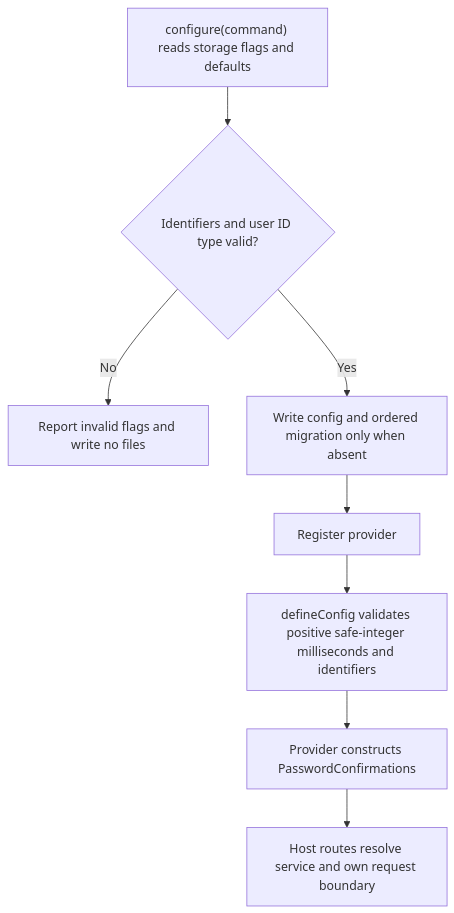
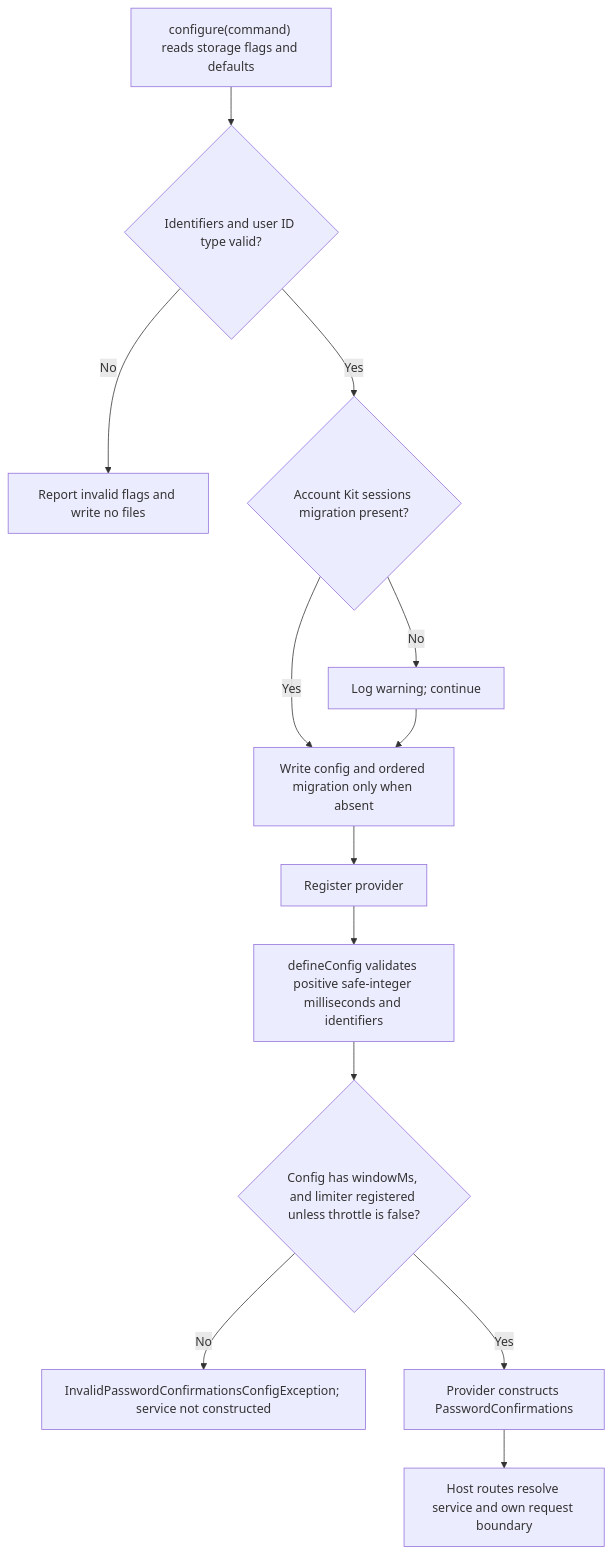
The second of 2 diagrams in user-stories/US-CONFIRM-04-configure-confirmations.md (Kevinjohn/oss-adonisjs-confirm-action-with-password), drawn with Mermaid before and after one commit. The commit also changed other lines of this file and 7 other files, not shown here.

````diff
--- a/user-stories/US-CONFIRM-04-configure-confirmations.md
+++ b/user-stories/US-CONFIRM-04-configure-confirmations.md
@@ -39,10 +51,15 @@
 ```mermaid
 flowchart TD
     A["configure(command) reads storage flags and defaults"] --> B{"Identifiers and user ID type valid?"}
     B -->|No| C["Report invalid flags and write no files"]
-    B -->|Yes| D["Write config and ordered migration only when absent"]
+    B -->|Yes| B2{"Account Kit sessions migration present?"}
+    B2 -->|No| B3["Log warning; continue"]
+    B2 -->|Yes| D["Write config and ordered migration only when absent"]
+    B3 --> D
     D --> E["Register provider"]
     E --> F["defineConfig validates positive safe-integer milliseconds and identifiers"]
-    F --> G["Provider constructs PasswordConfirmations"]
-    G --> H["Host routes resolve service and own request boundary"]
+    F --> G{"Config has windowMs, and limiter registered unless throttle is false?"}
+    G -->|No| G2["InvalidPasswordConfirmationsConfigException; service not constructed"]
+    G -->|Yes| G3["Provider constructs PasswordConfirmations"]
+    G3 --> H["Host routes resolve service and own request boundary"]
 ```
````
